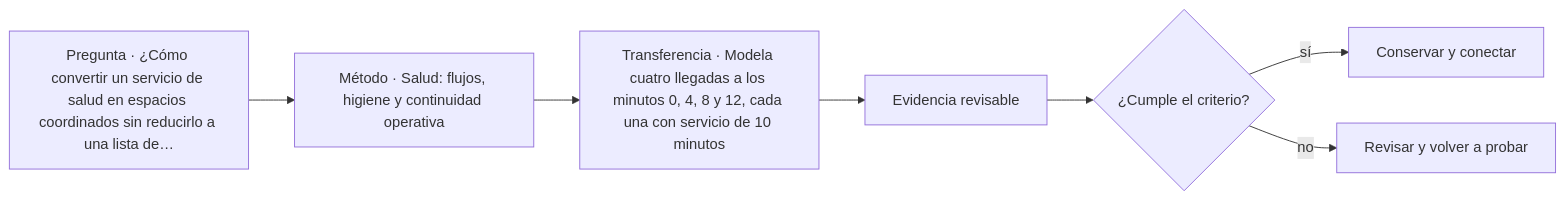
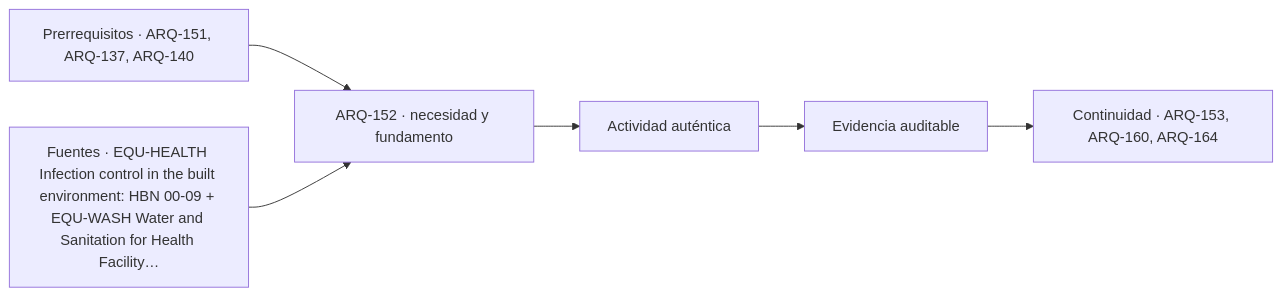
One commit to vladimiracunadev-create/architecture-built-environment-learning-program changed the diagram in classes/parte-16/ARQ-152.md. Above: the diagram before and after it, drawn with Mermaid. The commit also changed other lines of this file and 761 other files, not shown here.

````diff
--- a/classes/parte-16/ARQ-152.md
+++ b/classes/parte-16/ARQ-152.md
@@ -100,9 +112,8 @@
 ```mermaid
 flowchart LR
-    Q["Pregunta · ¿Cómo convertir un servicio de salud en espacios coordinados sin reducirlo a una lista de…"] --> M["Método · Salud: flujos, higiene y continuidad operativa"]
-    M --> P["Transferencia · Modela cuatro llegadas a los minutos 0, 4, 8 y 12, cada una con servicio de 10 minutos"]
-    P --> E["Evidencia revisable"]
-    E --> C{"¿Cumple el criterio?"}
-    C -->|sí| T["Conservar y conectar"]
-    C -->|no| R["Revisar y volver a probar"]
+    A["Prerrequisitos · ARQ-151, ARQ-137, ARQ-140"] --> B["ARQ-152 · necesidad y fundamento"]
+    S["Fuentes · EQU-HEALTH Infection control in the built environment: HBN 00-09 + EQU-WASH Water and Sanitation for Health Facility…"] --> B
+    B --> C["Actividad auténtica"]
+    C --> D["Evidencia auditable"]
+    D --> E["Continuidad · ARQ-153, ARQ-160, ARQ-164"]
 ```
````
